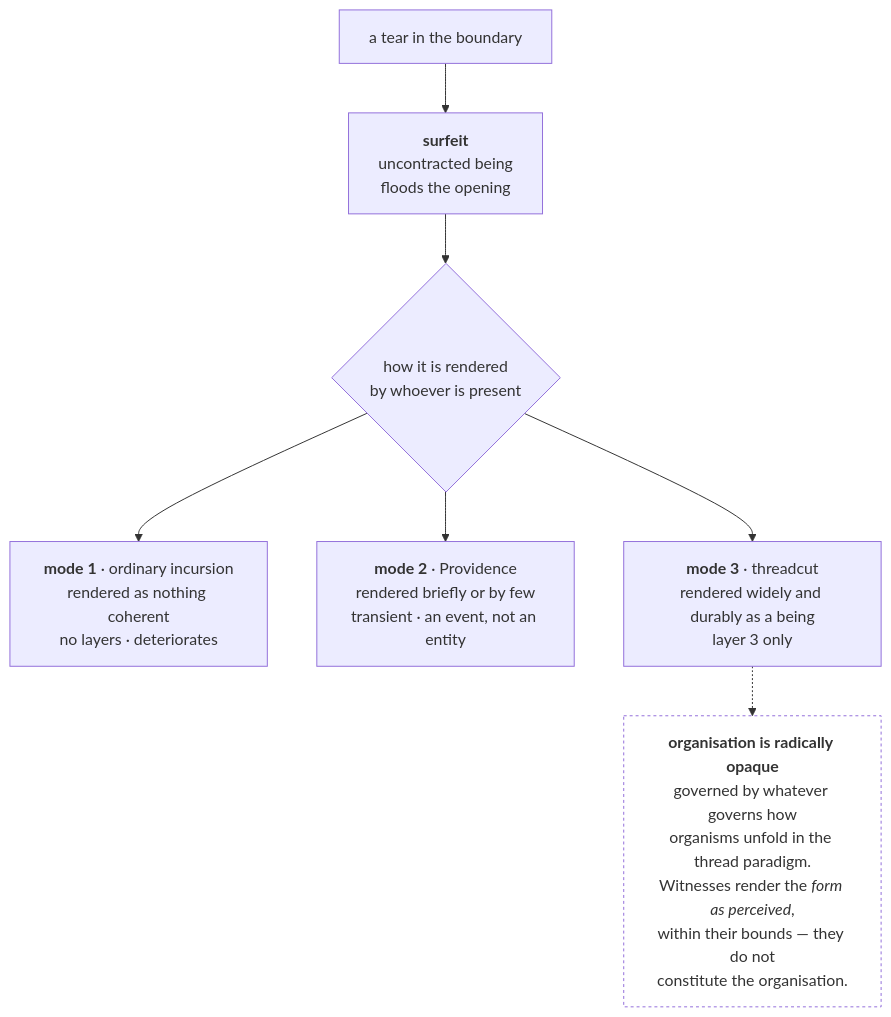
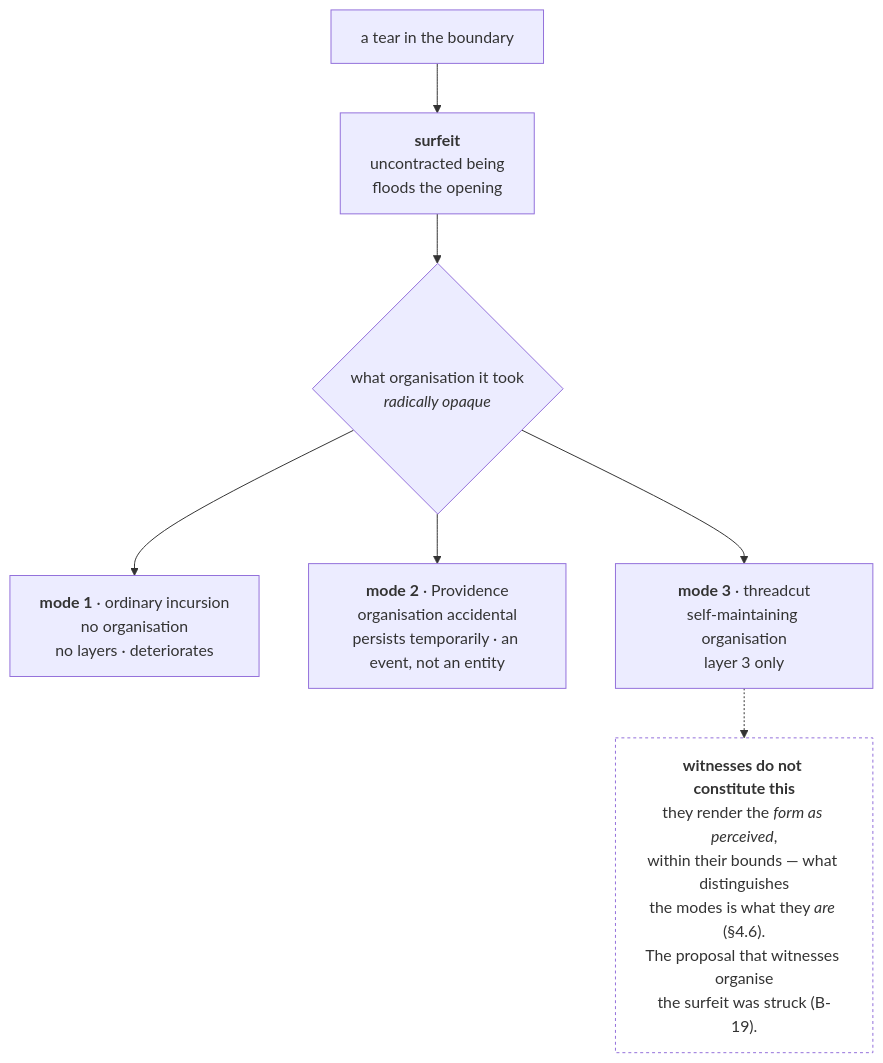
One commit to jordanelias/ttrpg changed the sixth of 8 diagrams in canon/philosophy/DIAGRAM.md. Above: the diagram before and after it, drawn with Mermaid. The commit also changed other lines of this file and 11 other files, not shown here.

````diff
--- a/canon/philosophy/DIAGRAM.md
+++ b/canon/philosophy/DIAGRAM.md
@@ -231,18 +231,18 @@
 ```mermaid
 flowchart TD
     TEAR["a tear in the boundary"]
     SUR["<b>surfeit</b><br/>uncontracted being<br/>floods the opening"]
-    W{"how it is rendered<br/>by whoever is present"}
-    M1["<b>mode 1</b> · ordinary incursion<br/>rendered as nothing coherent<br/>no layers · deteriorates"]
-    M2["<b>mode 2</b> · Providence<br/>rendered briefly or by few<br/>transient · an event, not an entity"]
-    M3["<b>mode 3</b> · threadcut<br/>rendered widely and durably as a being<br/>layer 3 only"]
-    OP["<b>organisation is radically opaque</b><br/>governed by whatever governs how<br/>organisms unfold in the thread paradigm.<br/>Witnesses render the <i>form as perceived</i>,<br/>within their bounds — they do not<br/>constitute the organisation."]
+    W{"what organisation it took<br/><i>radically opaque</i>"}
+    M1["<b>mode 1</b> · ordinary incursion<br/>no organisation<br/>no layers · deteriorates"]
+    M2["<b>mode 2</b> · Providence<br/>organisation accidental<br/>persists temporarily · an event, not an entity"]
+    M3["<b>mode 3</b> · threadcut<br/>self-maintaining organisation<br/>layer 3 only"]
+    OP["<b>witnesses do not constitute this</b><br/>they render the <i>form as perceived</i>,<br/>within their bounds — what distinguishes<br/>the modes is what they <i>are</i> (§4.6).<br/>The proposal that witnesses organise<br/>the surfeit was struck (B-19)."]
 
     TEAR --> SUR --> W
     W --> M1
     W --> M2
     W --> M3
     M3 -.-> OP
 
     style OP fill:none,stroke-dasharray: 3 3
 ```
````
